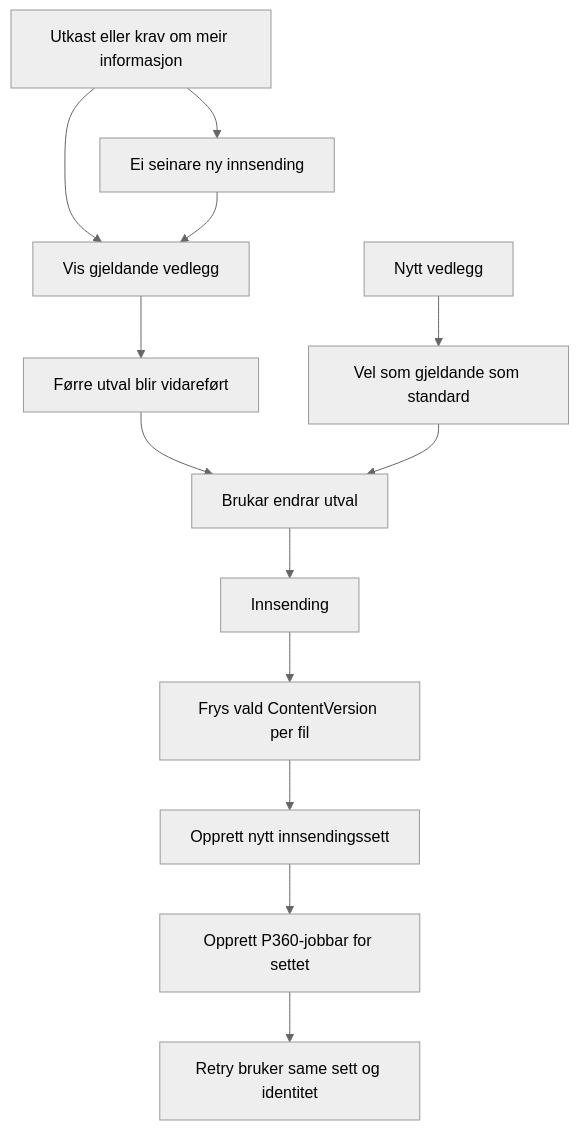
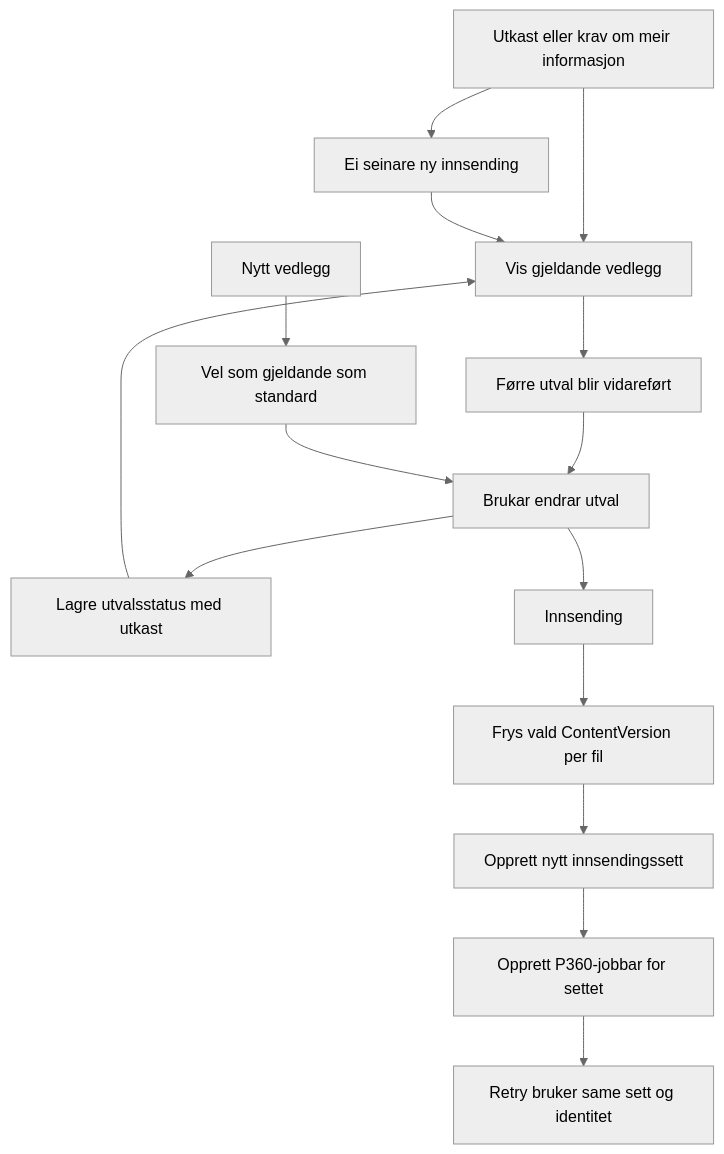
The diagram in docs/integrations/p360/vedleggsutval-og-innsendingsidentitet-design.md (navikt/crm-arbeidsforhold), drawn with Mermaid (neutral theme) before and after one commit. The commit also changed other lines of this file, not shown here.

````diff
--- a/docs/integrations/p360/vedleggsutval-og-innsendingsidentitet-design.md
+++ b/docs/integrations/p360/vedleggsutval-og-innsendingsidentitet-design.md
@@ -74,15 +80,17 @@
 ```mermaid
 flowchart TD
     A["Utkast eller krav om meir informasjon"] --> B["Vis gjeldande vedlegg"]
     B --> C["Førre utval blir vidareført"]
     D["Nytt vedlegg"] --> E["Vel som gjeldande som standard"]
     C --> F["Brukar endrar utval"]
     E --> F
+    F --> M["Lagre utvalsstatus med utkast"]
+    M --> B
     F --> G["Innsending"]
     G --> H["Frys vald ContentVersion per fil"]
     H --> I["Opprett nytt innsendingssett"]
     I --> J["Opprett P360-jobbar for settet"]
     J --> K["Retry bruker same sett og identitet"]
     A --> L["Ei seinare ny innsending"]
     L --> B
 ```
````
